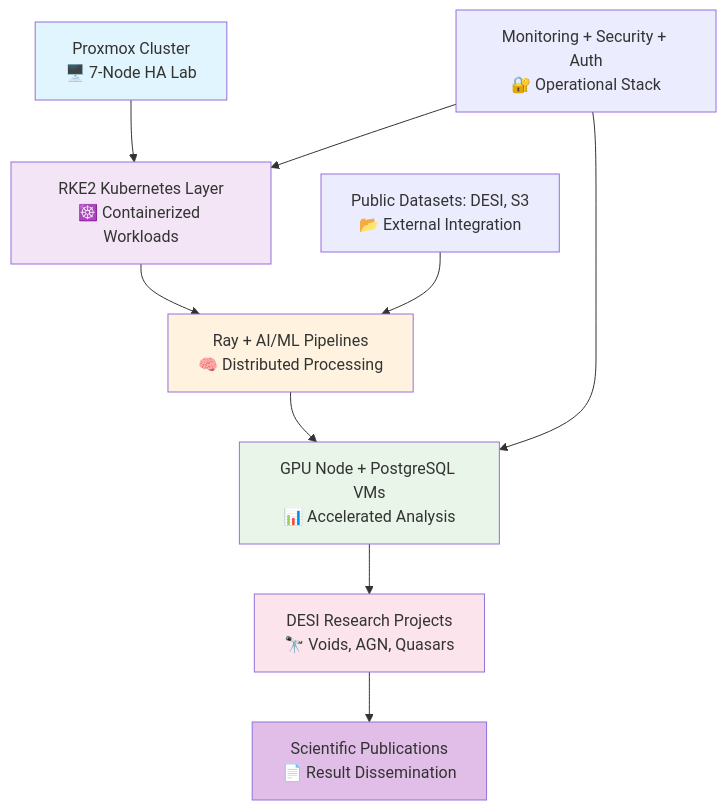
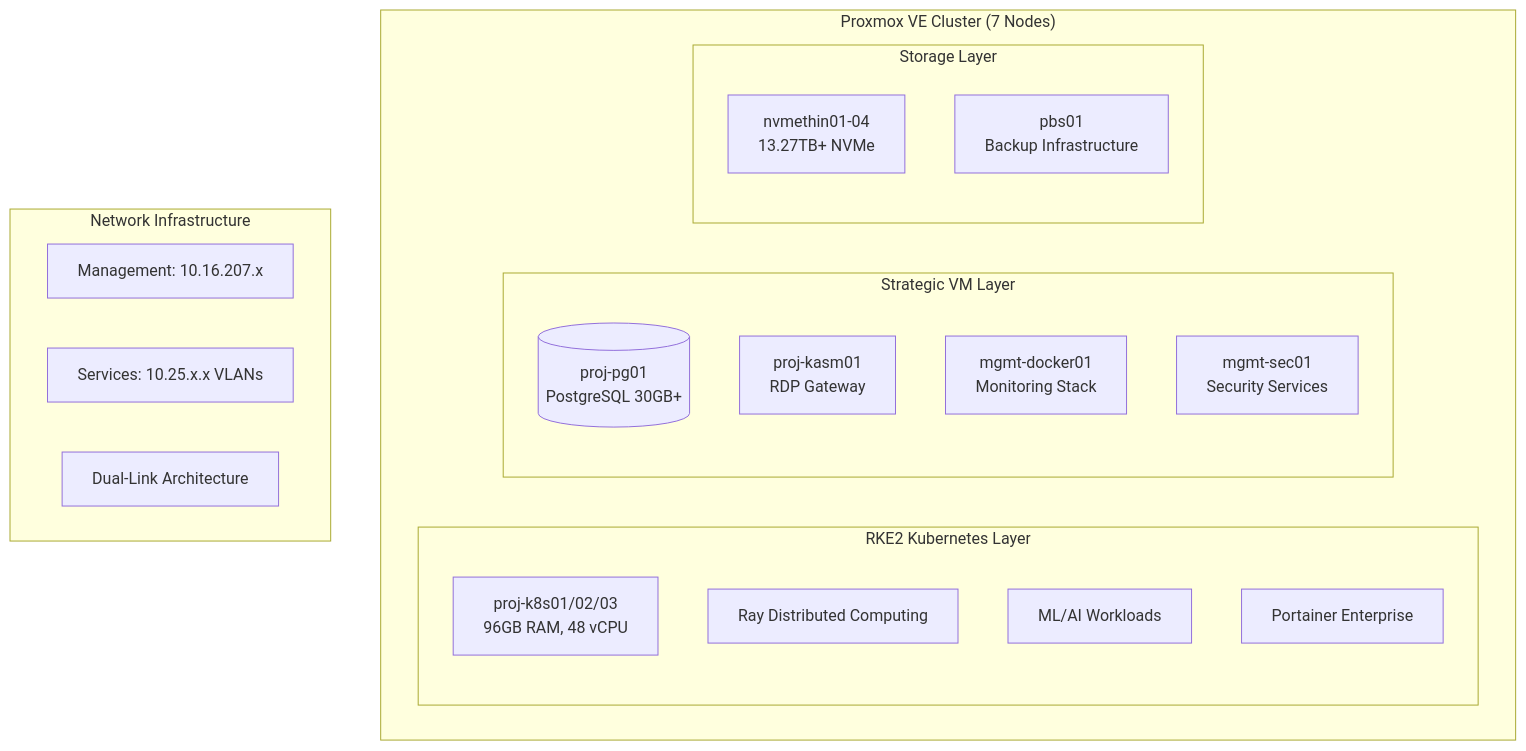
Before and after one commit to Pxomox-Astronomy-Lab/proxmox-astronomy-lab: the diagram in README.md, drawn with Mermaid. The commit also changed other lines of this file and 881 other files, not shown here.

````diff
--- a/README.md
+++ b/README.md
@@ -117,27 +70,29 @@
 ```mermaid
-graph TD
-    A[Proxmox Cluster<br/>🖥️ 7-Node HA Lab]
-    B[RKE2 Kubernetes Layer<br/>☸️ Containerized Workloads]
-    C[Ray + AI/ML Pipelines<br/>🧠 Distributed Processing]
-    D[GPU Node + PostgreSQL VMs<br/>📊 Accelerated Analysis]
-    E[DESI Research Projects<br/>🔭 Voids, AGN, Quasars]
-    F[Public Datasets: DESI, S3<br/>📂 External Integration]
-    G[Monitoring + Security + Auth<br/>🔐 Operational Stack]
-    H[Scientific Publications<br/>📄 Result Dissemination]
-
-    A --> B
-    B --> C
-    C --> D
-    D --> E
-    F --> C
-    G --> B
-    G --> D
-    E --> H
-
-    style A fill:#e1f5fe
-    style B fill:#f3e5f5
-    style C fill:#fff3e0
-    style D fill:#e8f5e8
-    style E fill:#fce4ec
-    style H fill:#e1bee7
+graph TB
+    subgraph "Proxmox VE Cluster (7 Nodes)"
+        subgraph "RKE2 Kubernetes Layer"
+            K8S[proj-k8s01/02/03<br/>96GB RAM, 48 vCPU]
+            RAY[Ray Distributed Computing]
+            ML[ML/AI Workloads]
+            PORT[Portainer Enterprise]
+        end
+        
+        subgraph "Strategic VM Layer"
+            PG[(proj-pg01<br/>PostgreSQL 30GB+)]
+            RDP[proj-kasm01<br/>RDP Gateway]
+            MON[mgmt-docker01<br/>Monitoring Stack]
+            SEC[mgmt-sec01<br/>Security Services]
+        end
+        
+        subgraph "Storage Layer"
+            LVM[nvmethin01-04<br/>13.27TB+ NVMe]
+            BACKUP[pbs01<br/>Backup Infrastructure]
+        end
+    end
+    
+    subgraph "Network Infrastructure"
+        MGMT[Management: 10.16.207.x]
+        SVC[Services: 10.25.x.x VLANs]
+        BOND[Dual-Link Architecture]
+    end
 ```
````
